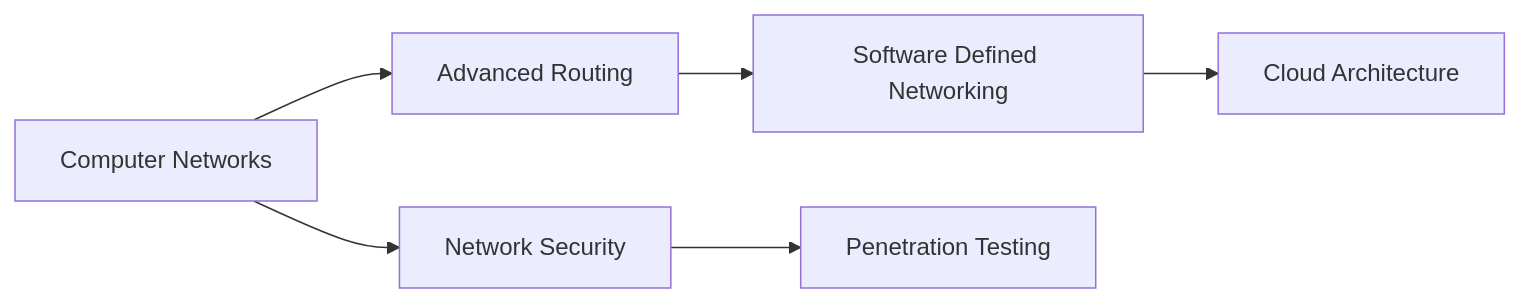
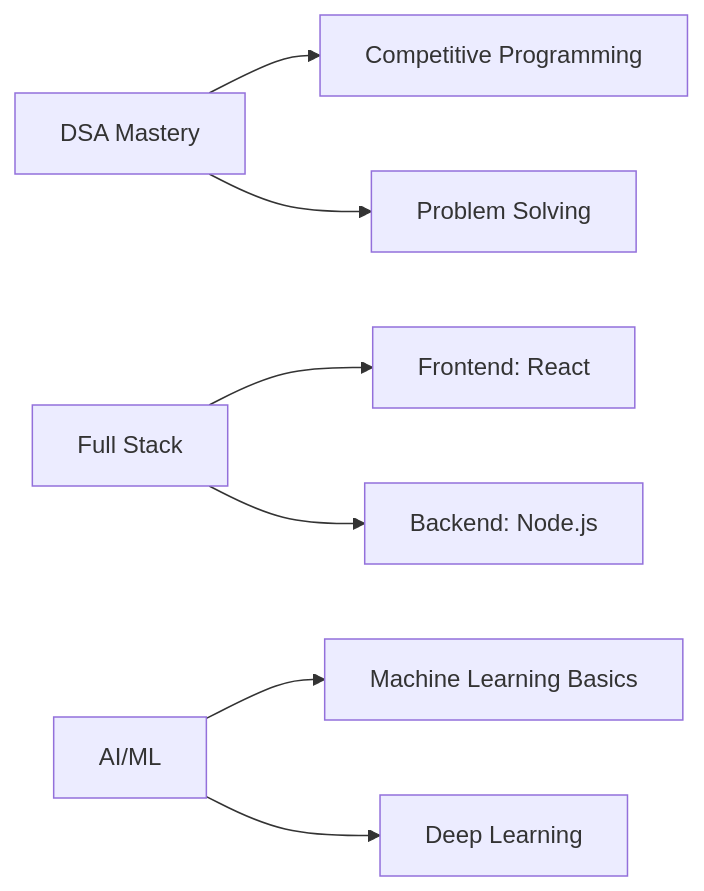
One commit to Nithin2113/Nithin2113 changed the diagram in README.md. Above: the diagram before and after it, drawn with Mermaid. The commit also changed other lines of this file, not shown here.

````diff
--- a/README.md
+++ b/README.md
@@ -169,8 +88,9 @@
 ```mermaid
 graph LR
-A[Computer Networks] --> B[Advanced Routing]
-B --> C[Software Defined Networking]
-C --> D[Cloud Architecture]
-A --> E[Network Security]
-E --> F[Penetration Testing]
+A[DSA Mastery] --> B[Competitive Programming]
+A --> C[Problem Solving]
+D[Full Stack] --> E[Frontend: React]
+D --> F[Backend: Node.js]
+G[AI/ML] --> H[Machine Learning Basics]
+G --> I[Deep Learning]
 ```
````
